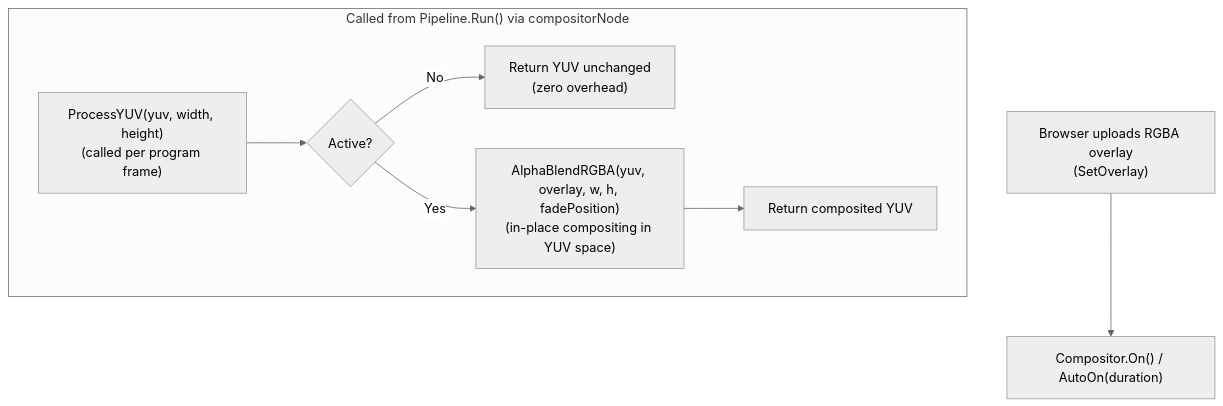
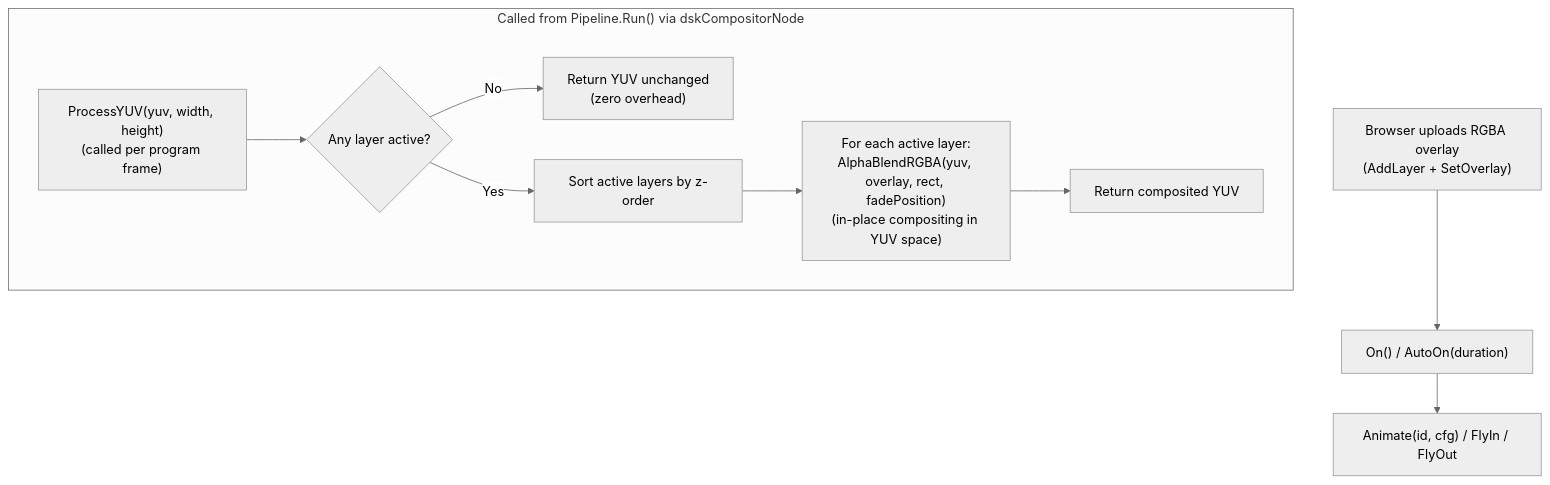
One commit to zsiec/switchframe changed the eighth of 24 diagrams in docs/architecture.md. Above: the diagram before and after it, drawn with Mermaid (neutral theme). The commit also changed other lines of this file and 3 other files, not shown here.

First line of the commit message:
Add multi-layer DSK and PIP layout features

````diff
--- a/docs/architecture.md
+++ b/docs/architecture.md
@@ -442,11 +446,13 @@
 ```mermaid
 flowchart TD
-    upload["Browser uploads RGBA overlay<br/>(SetOverlay)"] --> activate["Compositor.On() / AutoOn(duration)"]
+    upload["Browser uploads RGBA overlay<br/>(AddLayer + SetOverlay)"] --> activate["On() / AutoOn(duration)"]
+    activate --> animate["Animate(id, cfg) / FlyIn / FlyOut"]
 
-    subgraph pipeline["Called from Pipeline.Run() via compositorNode"]
-        yuvin["ProcessYUV(yuv, width, height)<br/>(called per program frame)"] --> check{"Active?"}
+    subgraph pipeline["Called from Pipeline.Run() via dskCompositorNode"]
+        yuvin["ProcessYUV(yuv, width, height)<br/>(called per program frame)"] --> check{"Any layer active?"}
         check -->|No| pass["Return YUV unchanged<br/>(zero overhead)"]
-        check -->|Yes| blend["AlphaBlendRGBA(yuv, overlay, w, h, fadePosition)<br/>(in-place compositing in YUV space)"]
-        blend --> ret["Return composited YUV"]
+        check -->|Yes| sort["Sort active layers by z-order"]
+        sort --> loop["For each active layer:<br/>AlphaBlendRGBA(yuv, overlay, rect, fadePosition)<br/>(in-place compositing in YUV space)"]
+        loop --> ret["Return composited YUV"]
     end
 ```
````
